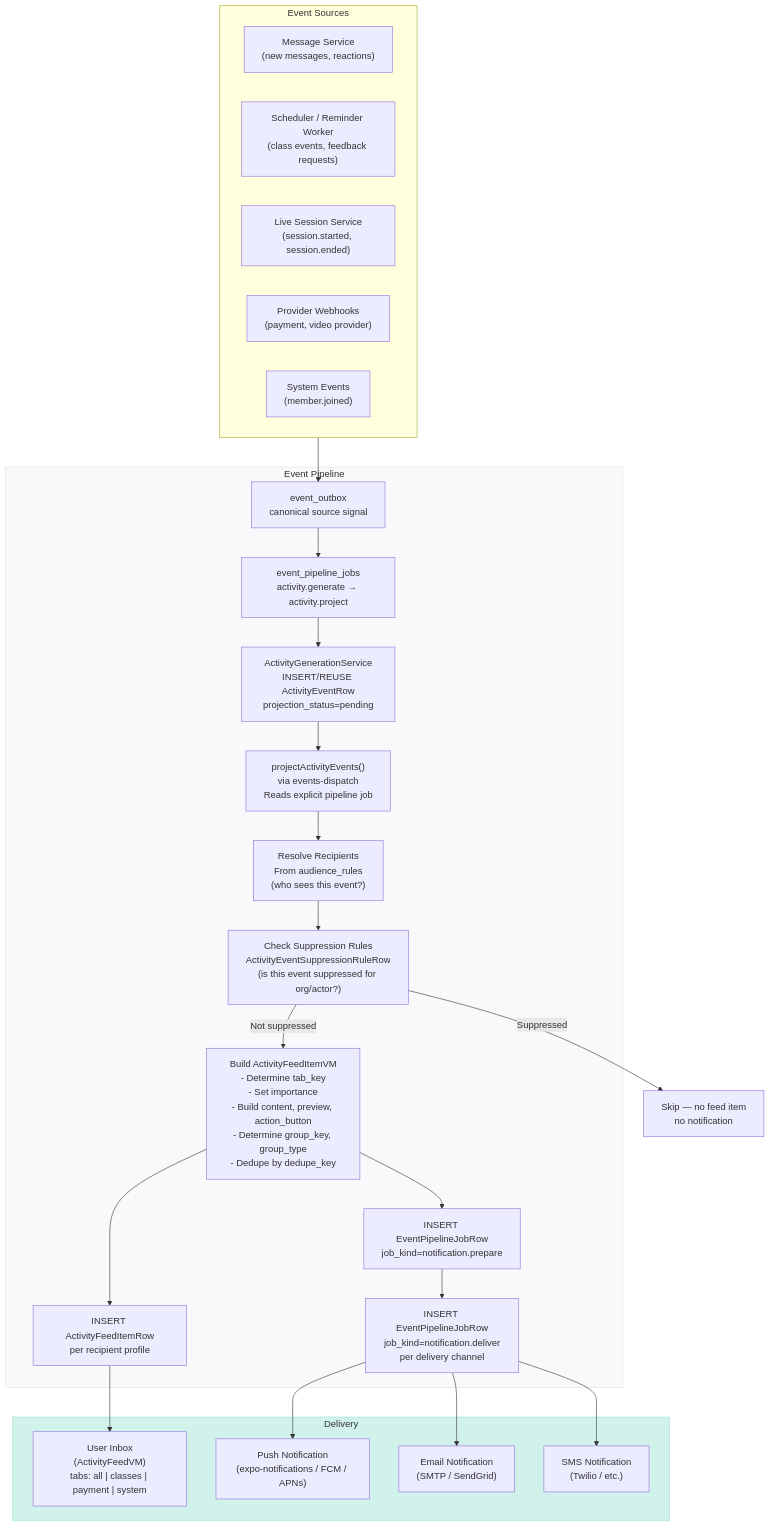
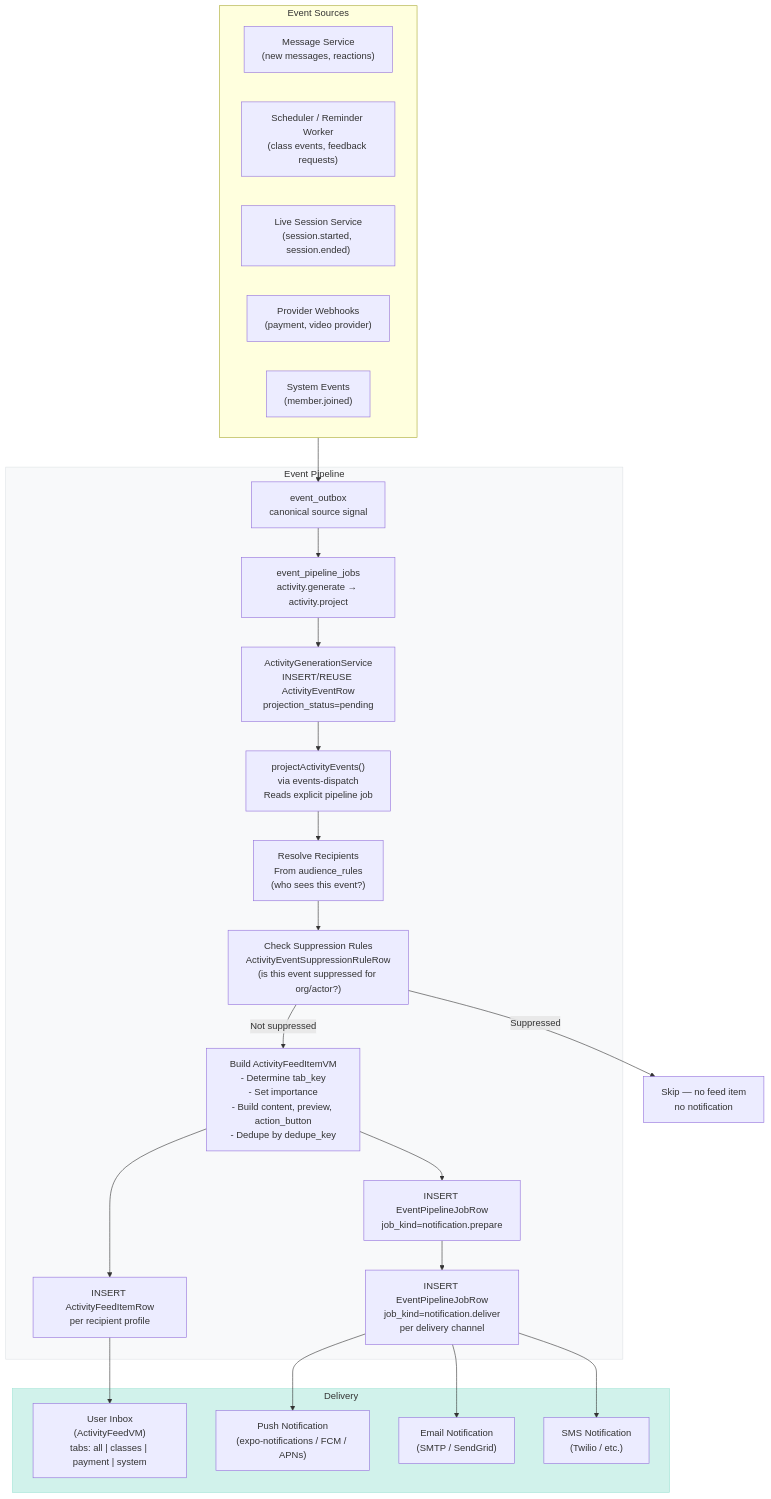
One commit to heidisoft/iconicedu-monorepo changed diagram 24 of 31 in docs/architecture/feature-diagrams.md. Above: the diagram before and after it, drawn with Mermaid. The commit also changed other lines of this file and 39 other files, not shown here.

First line of the commit message:
Remove activity feed grouping support

````diff
--- a/docs/architecture/feature-diagrams.md
+++ b/docs/architecture/feature-diagrams.md
@@ -1233,56 +1233,56 @@
 ```mermaid
 flowchart TD
     subgraph SOURCES["Event Sources"]
         MSG_SVC["Message Service\n(new messages, reactions)"]
         SCHED_SVC["Scheduler / Reminder Worker\n(class events, feedback requests)"]
         SESSION_SVC["Live Session Service\n(session.started, session.ended)"]
         WEBHOOK["Provider Webhooks\n(payment, video provider)"]
         SYSTEM["System Events\n(member.joined)"]
     end
 
     subgraph PIPELINE["Event Pipeline"]
         OUTBOX["event_outbox\ncanonical source signal"]
 
         JOBS["event_pipeline_jobs\nactivity.generate → activity.project"]
 
         GENERATE["ActivityGenerationService\nINSERT/REUSE ActivityEventRow\nprojection_status=pending"]
 
         PROJECTOR["projectActivityEvents()\nvia events-dispatch\nReads explicit pipeline job"]
 
         RESOLVE["Resolve Recipients\nFrom audience_rules\n(who sees this event?)"]
 
         SUPPRESS["Check Suppression Rules\nActivityEventSuppressionRuleRow\n(is this event suppressed for org/actor?)"]
 
-        BUILD["Build ActivityFeedItemVM\n- Determine tab_key\n- Set importance\n- Build content, preview, action_button\n- Determine group_key, group_type\n- Dedupe by dedupe_key"]
+        BUILD["Build ActivityFeedItemVM\n- Determine tab_key\n- Set importance\n- Build content, preview, action_button\n- Dedupe by dedupe_key"]
 
         INSERT_FEED["INSERT ActivityFeedItemRow\nper recipient profile"]
 
         NOTIF_PREP["INSERT EventPipelineJobRow\njob_kind=notification.prepare"]
 
         NOTIF["INSERT EventPipelineJobRow\njob_kind=notification.deliver\nper delivery channel"]
     end
 
     subgraph DELIVERY["Delivery"]
         INBOX["User Inbox\n(ActivityFeedVM)\ntabs: all | classes | payment | system"]
         PUSH["Push Notification\n(expo-notifications / FCM / APNs)"]
         EMAIL["Email Notification\n(SMTP / SendGrid)"]
         SMS["SMS Notification\n(Twilio / etc.)"]
     end
 
     SOURCES --> OUTBOX
     OUTBOX --> JOBS
     JOBS --> GENERATE
     GENERATE --> PROJECTOR
     PROJECTOR --> RESOLVE
     RESOLVE --> SUPPRESS
     SUPPRESS -->|Not suppressed| BUILD
     SUPPRESS -->|Suppressed| SKIP["Skip — no feed item\nno notification"]
     BUILD --> INSERT_FEED
     BUILD --> NOTIF_PREP
     NOTIF_PREP --> NOTIF
     INSERT_FEED --> INBOX
     NOTIF --> PUSH & EMAIL & SMS
 
     style PIPELINE fill:#f8f9fa,stroke:#dee2e6
     style DELIVERY fill:#d1f2eb,stroke:#a3e4d7
 ```
````
